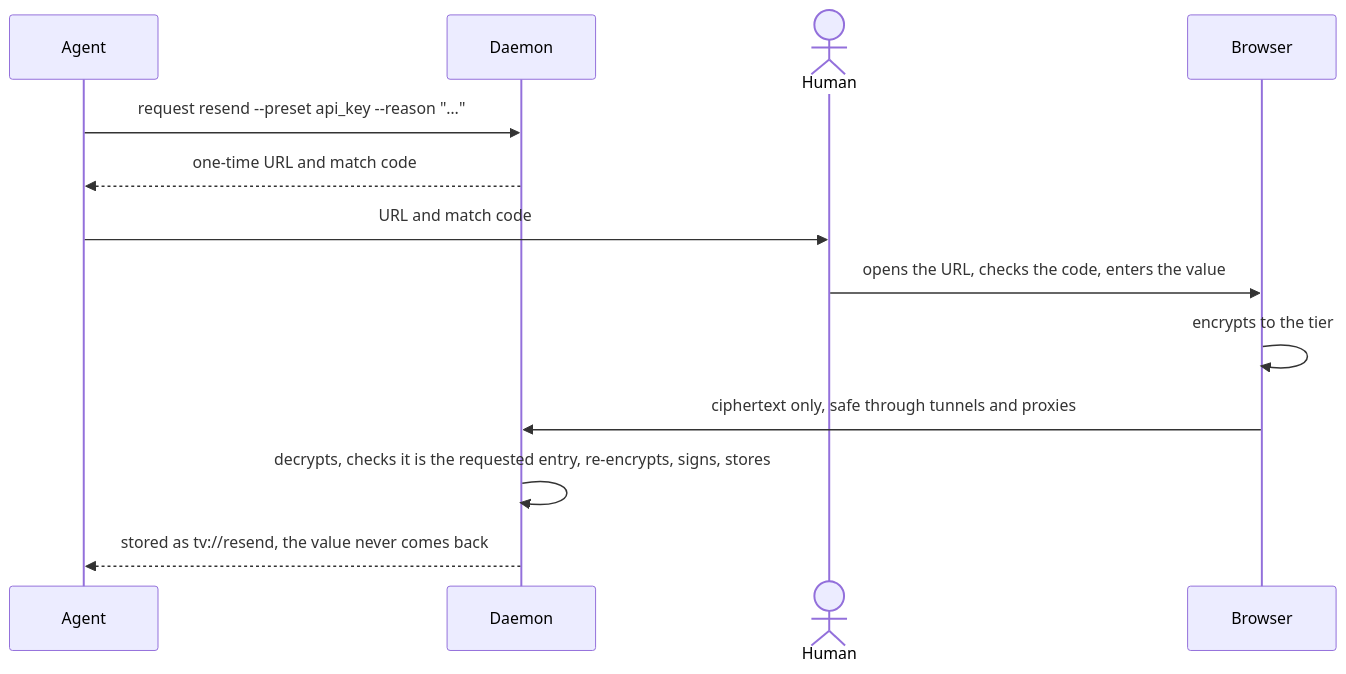
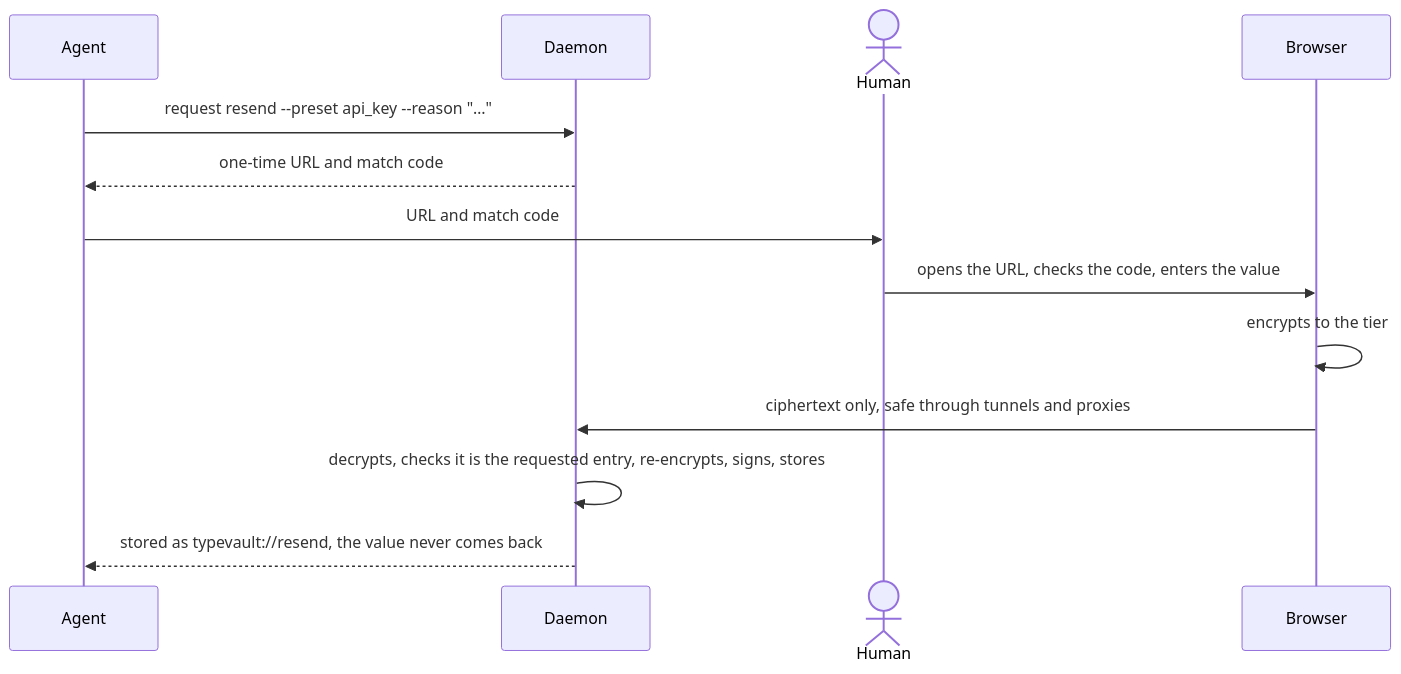
One commit to typeclaw/typevault changed the third of 3 diagrams in README.md. Above: the diagram before and after it, drawn with Mermaid. The commit also changed other lines of this file and 17 other files, not shown here.

````diff
--- a/README.md
+++ b/README.md
@@ -131,15 +131,15 @@
 ```mermaid
 sequenceDiagram
   participant A as Agent
   participant D as Daemon
   actor H as Human
   participant B as Browser
   A->>D: request resend --preset api_key --reason "…"
   D-->>A: one-time URL and match code
   A->>H: URL and match code
   H->>B: opens the URL, checks the code, enters the value
   B->>B: encrypts to the tier
   B->>D: ciphertext only, safe through tunnels and proxies
   D->>D: decrypts, checks it is the requested entry, re-encrypts, signs, stores
-  D-->>A: stored as tv://resend, the value never comes back
+  D-->>A: stored as typevault://resend, the value never comes back
 ```
````
